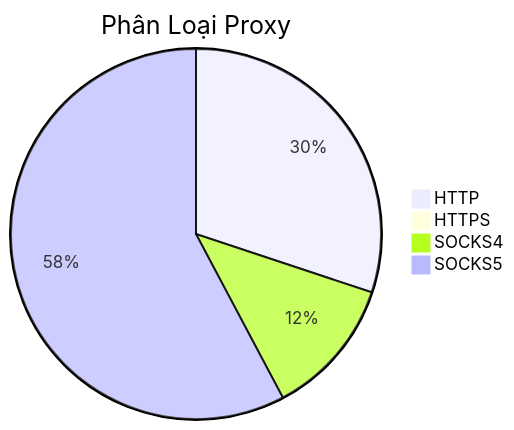
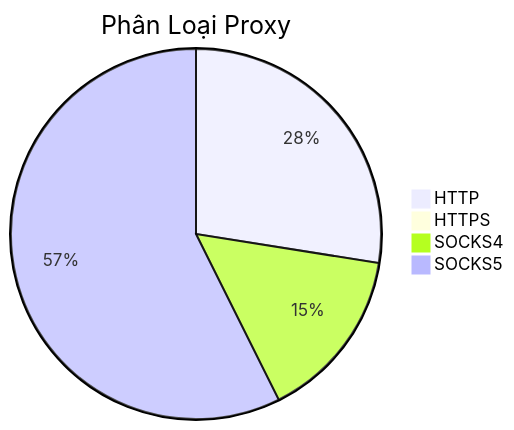
Before and after one commit to Ciara-12/PROXY-free: the diagram in README.md, drawn with Mermaid. The commit also changed other lines of this file and 3 other files, not shown here.

````diff
--- a/README.md
+++ b/README.md
@@ -26,7 +26,7 @@
 ```mermaid
 pie title Phân Loại Proxy
-    "HTTP" : 831
+    "HTTP" : 646
     "HTTPS" : 0
-    "SOCKS4" : 335
-    "SOCKS5" : 1595
+    "SOCKS4" : 355
+    "SOCKS5" : 1347
 ```
````
